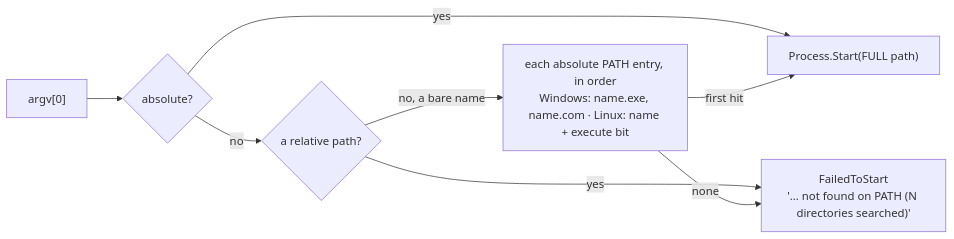
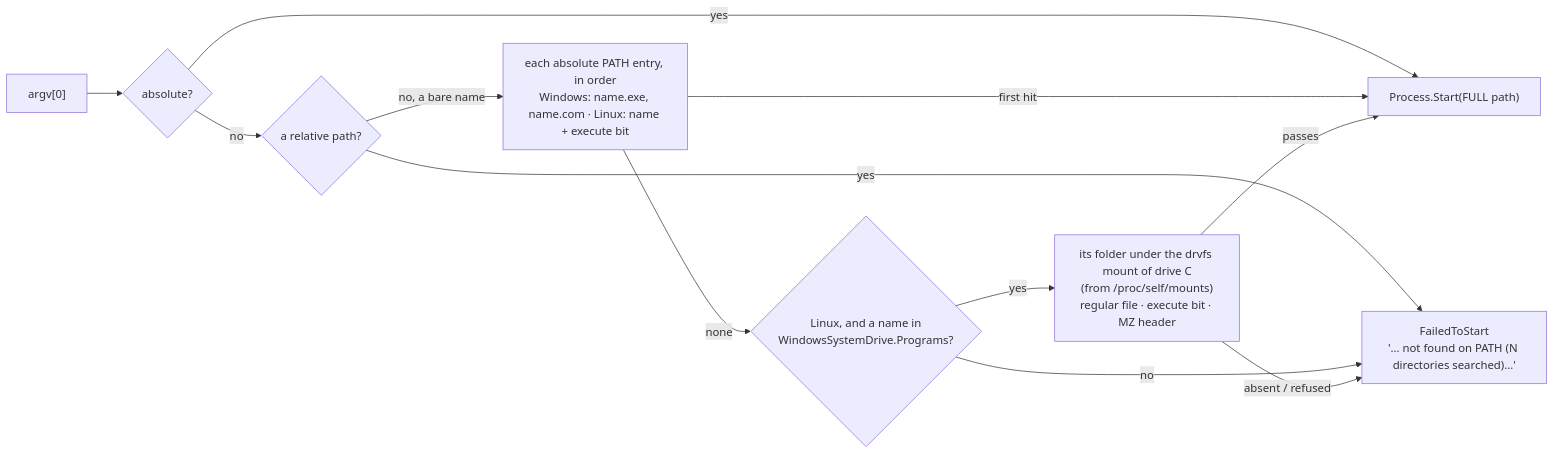
Before and after one commit to oleksandrdubyna88/wsl_care: the first of 25 diagrams in research/architecture.md, drawn with Mermaid. The commit also changed other lines of this file and 6 other files, not shown here.

````diff
--- a/research/architecture.md
+++ b/research/architecture.md
@@ -140,16 +157,22 @@
 ```mermaid
 flowchart LR
     argv["argv[0]"]
     abs{"absolute?"}
     rel{"a relative path?"}
     walk["each absolute PATH entry, in order<br/>Windows: name.exe, name.com · Linux: name + execute bit"]
     found["Process.Start(FULL path)"]
-    fail["FailedToStart<br/>'… not found on PATH (N directories searched)'"]
+    fail["FailedToStart<br/>'… not found on PATH (N directories searched)…'"]
+    listed{"Linux, and a name in<br/>WindowsSystemDrive.Programs?"}
+    drive["its folder under the drvfs mount of drive C<br/>(from /proc/self/mounts)<br/>regular file · execute bit · MZ header"]
     argv --> abs
     abs -->|yes| found
     abs -->|no| rel
     rel -->|yes| fail
     rel -->|no, a bare name| walk
     walk -->|first hit| found
-    walk -->|none| fail
+    walk -->|none| listed
+    listed -->|no| fail
+    listed -->|yes| drive
+    drive -->|passes| found
+    drive -->|absent / refused| fail
 ```
````
